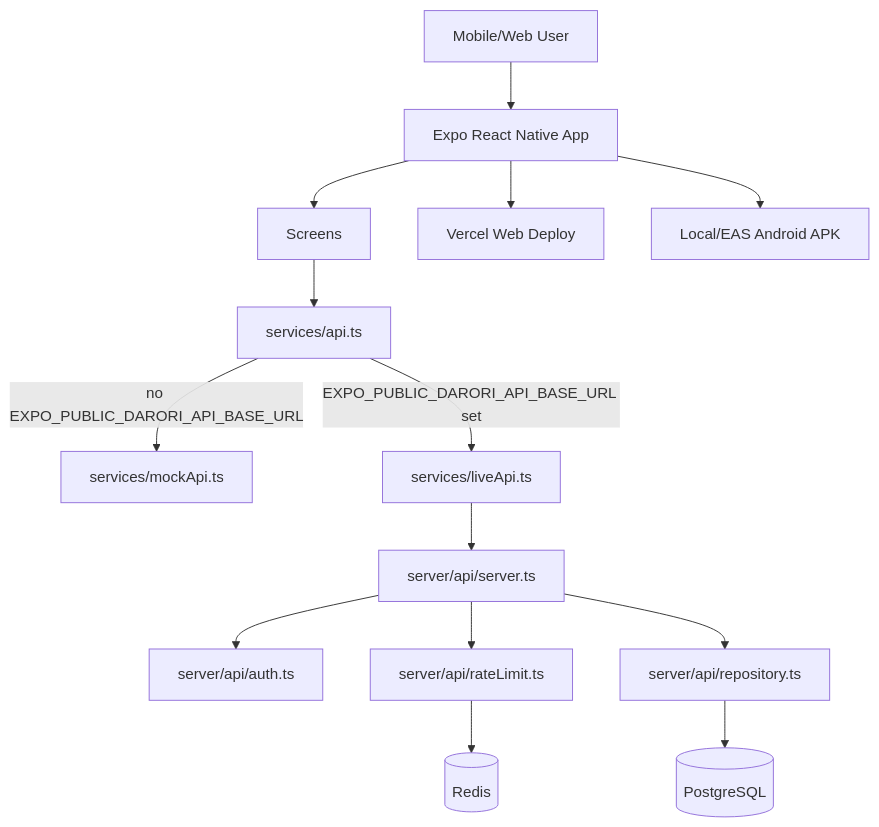
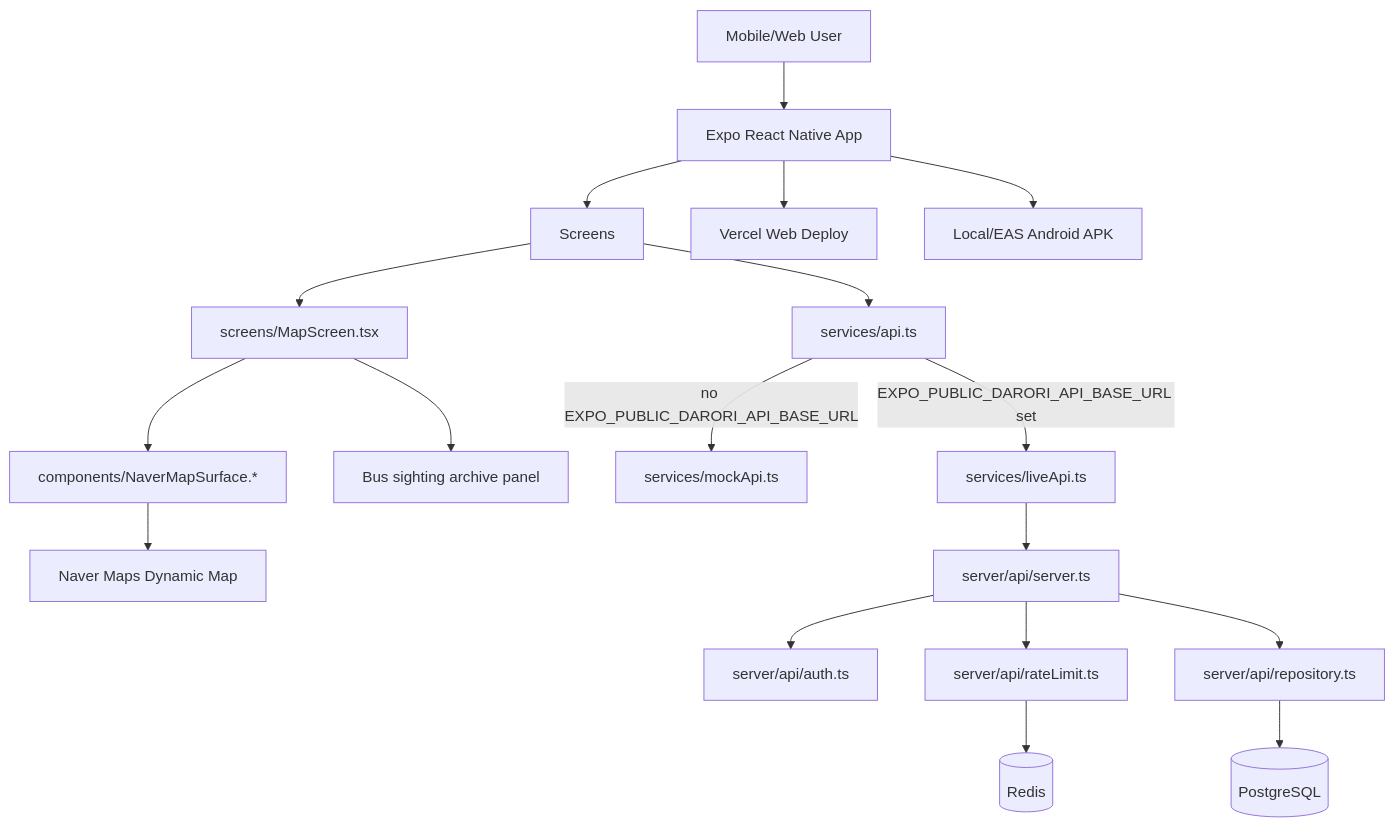
Before and after one commit to rammmaa/dairuri: the first of 3 diagrams in docs/current-architecture.md, drawn with Mermaid. The commit also changed other lines of this file and 1 other file, not shown here.

````diff
--- a/docs/current-architecture.md
+++ b/docs/current-architecture.md
@@ -7,31 +7,39 @@
 ```mermaid
 flowchart TD
   User[Mobile/Web User]
   App[Expo React Native App]
   Screens[Screens]
+  MapScreen["screens/MapScreen.tsx"]
+  MapSurface["components/NaverMapSurface.*"]
+  NaverMaps[Naver Maps Dynamic Map]
+  BusArchive[Bus sighting archive panel]
   ServiceSwitch[services/api.ts]
   MockApi[services/mockApi.ts]
   LiveApi[services/liveApi.ts]
   ApiServer[server/api/server.ts]
   Auth[server/api/auth.ts]
   RateLimit[server/api/rateLimit.ts]
   Repository[server/api/repository.ts]
   Postgres[(PostgreSQL)]
   Redis[(Redis)]
   Vercel[Vercel Web Deploy]
   Apk[Local/EAS Android APK]
 
   User --> App
   App --> Screens
+  Screens --> MapScreen
+  MapScreen --> MapSurface
+  MapSurface --> NaverMaps
+  MapScreen --> BusArchive
   Screens --> ServiceSwitch
   ServiceSwitch -->|no EXPO_PUBLIC_DARORI_API_BASE_URL| MockApi
   ServiceSwitch -->|EXPO_PUBLIC_DARORI_API_BASE_URL set| LiveApi
   LiveApi --> ApiServer
   ApiServer --> Auth
   ApiServer --> RateLimit
   RateLimit --> Redis
   ApiServer --> Repository
   Repository --> Postgres
   App --> Vercel
   App --> Apk
 ```
````
